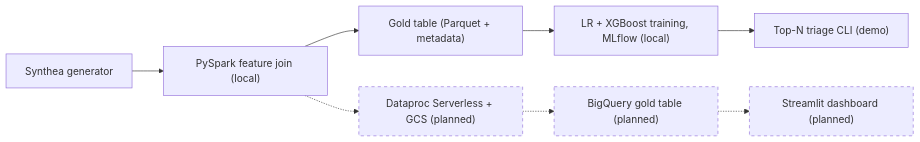
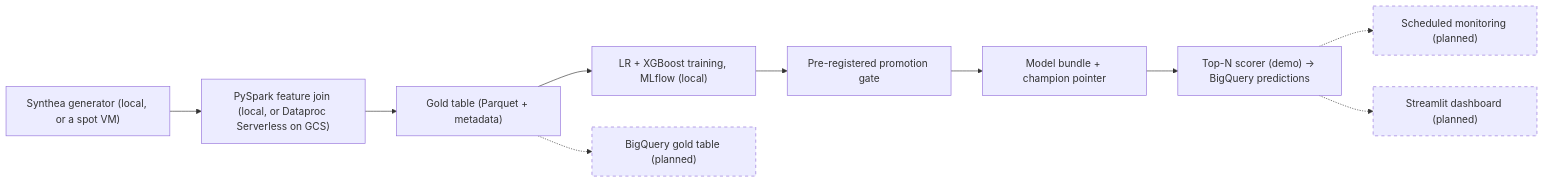
Before and after one commit to fma00/synthea-readmission-risk: the diagram in README.md, drawn with Mermaid. The commit also changed other lines of this file and 4 other files, not shown here.

````diff
--- a/README.md
+++ b/README.md
@@ -45,12 +47,14 @@
 ```mermaid
 flowchart LR
-  A["Synthea generator"] --> B["PySpark feature join (local)"]
+  A["Synthea generator (local, or a spot VM)"] --> B["PySpark feature join (local, or Dataproc Serverless on GCS)"]
   B --> C["Gold table (Parquet + metadata)"]
   C --> D["LR + XGBoost training, MLflow (local)"]
-  D --> E["Top-N triage CLI (demo)"]
-  B -.-> F["Dataproc Serverless + GCS (planned)"]
-  F -.-> G["BigQuery gold table (planned)"]
-  G -.-> H["Streamlit dashboard (planned)"]
+  D --> P["Pre-registered promotion gate"]
+  P --> E["Model bundle + champion pointer"]
+  E --> S["Top-N scorer (demo) -> BigQuery predictions"]
+  C -.-> G["BigQuery gold table (planned)"]
+  S -.-> M["Scheduled monitoring (planned)"]
+  S -.-> H["Streamlit dashboard (planned)"]
   classDef planned stroke-dasharray:5 5
-  class F,G,H planned
+  class G,M,H planned
 ```
````
